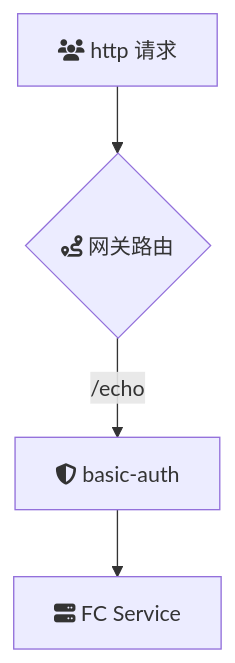
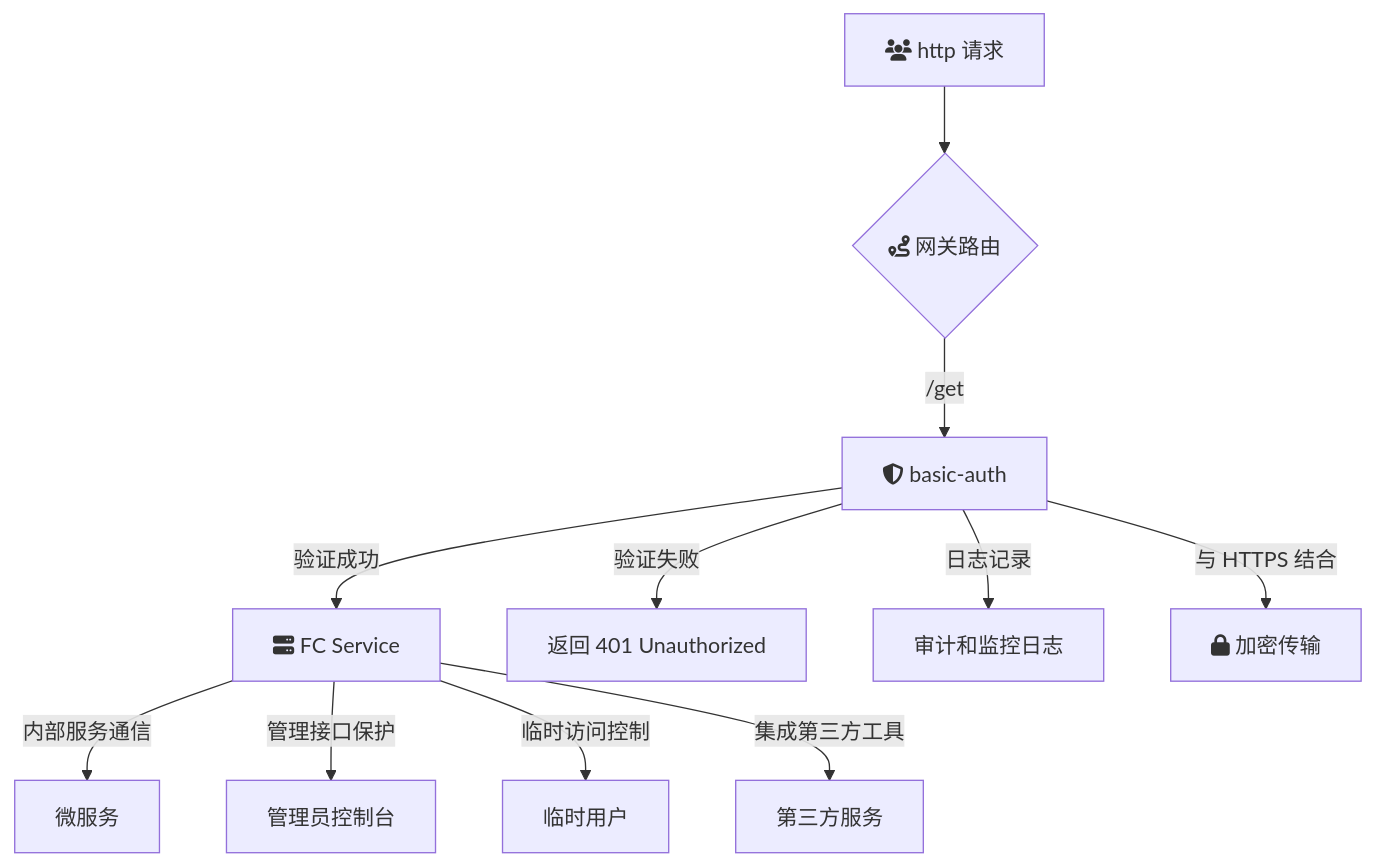
One commit to msa-group/start-apig changed the diagram in basic-auth-plugin/README.md. Above: the diagram before and after it, drawn with Mermaid. The commit also changed other lines of this file and 8 other files, not shown here.

````diff
--- a/basic-auth-plugin/README.md
+++ b/basic-auth-plugin/README.md
@@ -31,6 +31,13 @@
 ```mermaid
 flowchart TB
 A[fa:fa-users http 请求] --> B{fa:fa-route 网关路由}
-	B -->|/echo| P1[fa:fa-shield-alt basic-auth]
-	P1 --> Backend[fa:fa-server FC Service]
+	B -->|/get| P1[fa:fa-shield-alt basic-auth]
+	P1 -->|验证成功| Backend[fa:fa-server FC Service]
+	P1 -->|验证失败| E[返回 401 Unauthorized]
+	P1 -->|日志记录| L[审计和监控日志]
+	P1 -->|与 HTTPS 结合| S[fa:fa-lock 加密传输]
+	Backend -->|内部服务通信| M[微服务]
+	Backend -->|管理接口保护| C[管理员控制台]
+	Backend -->|临时访问控制| T[临时用户]
+	Backend -->|集成第三方工具| D[第三方服务]
 ```
````
